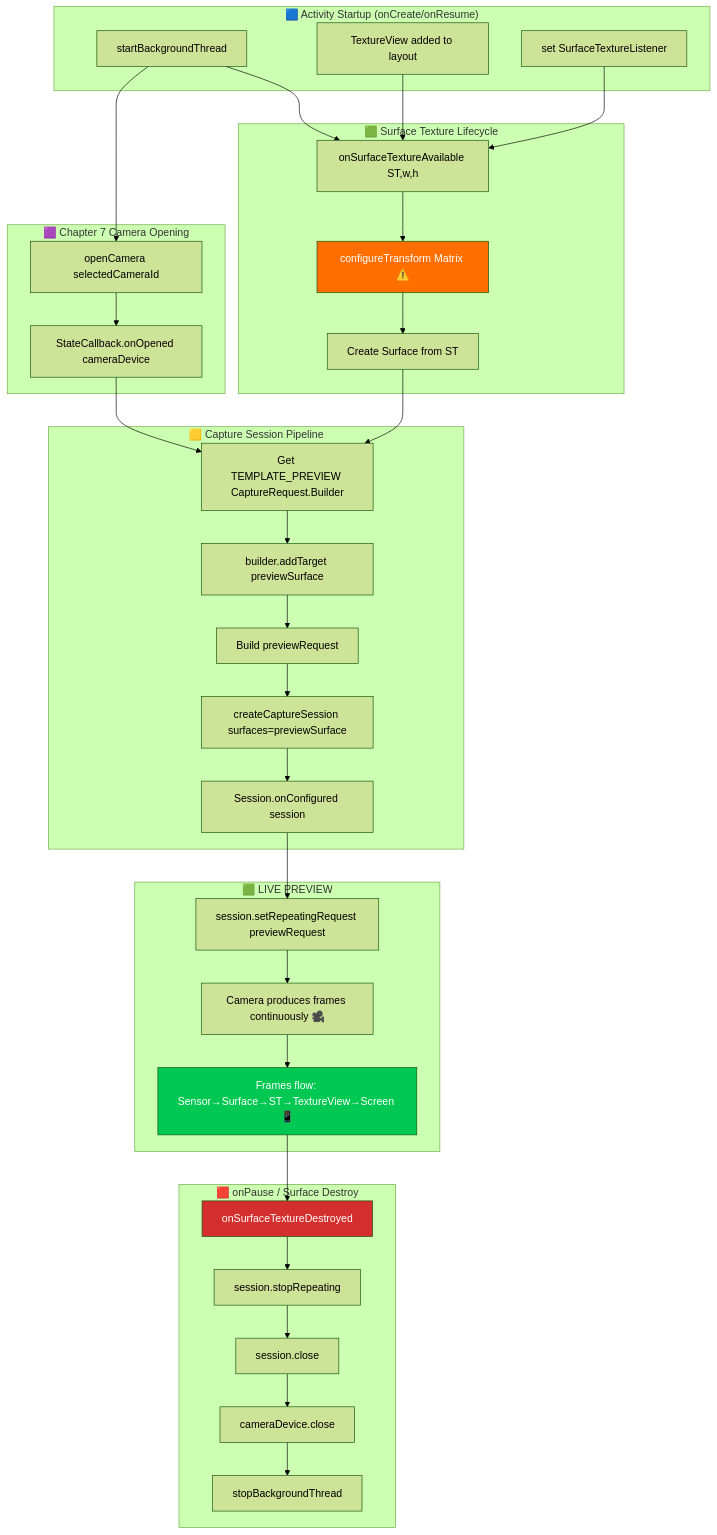
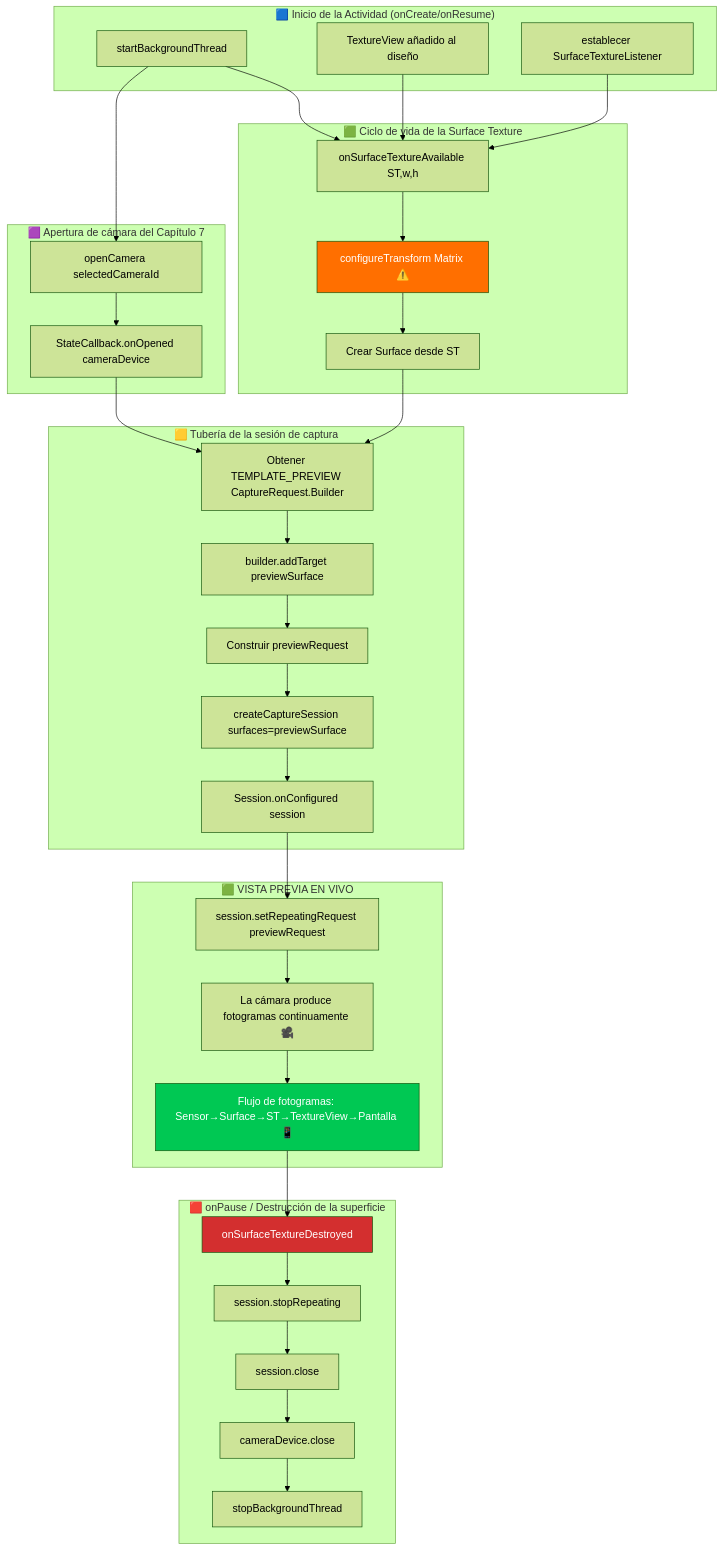
Before and after one commit to zoozooll/AndroidCameraParameters: the diagram in website/i18n/es/docusaurus-plugin-content-docs/current/camera2/showing-camera-preview.md, drawn with Mermaid (forest theme). The commit also changed other lines of this file and 378 other files, not shown here.

````diff
--- a/website/i18n/es/docusaurus-plugin-content-docs/current/camera2/showing-camera-preview.md
+++ b/website/i18n/es/docusaurus-plugin-content-docs/current/camera2/showing-camera-preview.md
@@ -78,64 +78,64 @@
 ```mermaid
 flowchart TD
-    subgraph ActivityStart["🟦 Activity Startup (onCreate/onResume)"]
+    subgraph ActivityStart["🟦 Inicio de la Actividad (onCreate/onResume)"]
         A1[startBackgroundThread]
-        A2[TextureView added to layout]
-        A3[set SurfaceTextureListener]
+        A2[TextureView añadido al diseño]
+        A3[establecer SurfaceTextureListener]
     end
 
-    subgraph SurfaceReady["🟩 Surface Texture Lifecycle"]
+    subgraph SurfaceReady["🟩 Ciclo de vida de la Surface Texture"]
         B1[onSurfaceTextureAvailable ST,w,h]
         B2[configureTransform Matrix ⚠️]
-        B3[Create Surface from ST]
+        B3[Crear Surface desde ST]
     end
 
-    subgraph CameraOpen["🟪 Chapter 7 Camera Opening"]
+    subgraph CameraOpen["🟪 Apertura de cámara del Capítulo 7"]
         C1[openCamera selectedCameraId]
         C2[StateCallback.onOpened cameraDevice]
     end
 
-    subgraph SessionCreation["🟨 Capture Session Pipeline"]
-        D1[Get TEMPLATE_PREVIEW CaptureRequest.Builder]
+    subgraph SessionCreation["🟨 Tubería de la sesión de captura"]
+        D1[Obtener TEMPLATE_PREVIEW CaptureRequest.Builder]
         D2[builder.addTarget previewSurface]
-        D3[Build previewRequest]
+        D3[Construir previewRequest]
         D4[createCaptureSession surfaces=previewSurface]
         D5[Session.onConfigured session]
     end
 
-    subgraph PreviewStreaming["🟩 LIVE PREVIEW"]
+    subgraph PreviewStreaming["🟩 VISTA PREVIA EN VIVO"]
         E1[session.setRepeatingRequest previewRequest]
-        E2[Camera produces frames continuously 🎥]
-        E3[Frames flow: Sensor→Surface→ST→TextureView→Screen 📱]
+        E2[La cámara produce fotogramas continuamente 🎥]
+        E3[Flujo de fotogramas: Sensor→Surface→ST→TextureView→Pantalla 📱]
     end
 
-    subgraph Teardown["🟥 onPause / Surface Destroy"]
+    subgraph Teardown["🟥 onPause / Destrucción de la superficie"]
         F1[onSurfaceTextureDestroyed]
         F2[session.stopRepeating]
         F3[session.close]
         F4[cameraDevice.close]
         F5[stopBackgroundThread]
     end
 
     A1 & A2 & A3 --> B1
     B1 --> B2
     B2 --> B3
     A1 --> C1
     C1 --> C2
     B3 & C2 --> D1
     D1 --> D2
     D2 --> D3
     D3 --> D4
     D4 --> D5
     D5 --> E1
     E1 --> E2
     E2 --> E3
     E3 --> F1
     F1 --> F2
     F2 --> F3
     F3 --> F4
     F4 --> F5
 
     style B2 fill:#ff6f00,color:#fff
     style E3 fill:#00c853,color:#fff
     style F1 fill:#d32f2f,color:#fff
 ```
````
